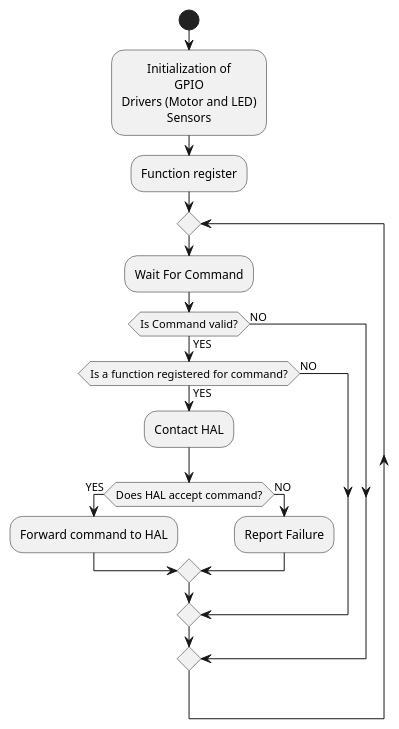
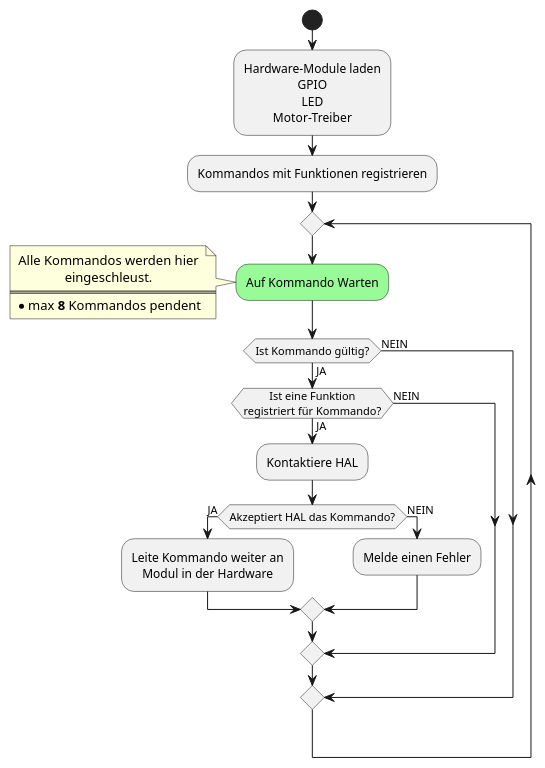
Before and after one commit to tasoftch/Robokit: the diagram in components/hw_drive/docs/robokit-commands-hal.puml, drawn with PlantUML. The commit also changed 9 other files, not shown here.

```diff
--- a/components/hw_drive/docs/robokit-commands-hal.puml
+++ b/components/hw_drive/docs/robokit-commands-hal.puml
@@ -1,24 +1,29 @@
 @startuml
 'https://plantuml.com/activity-diagram-beta
 skinparam defaultTextAlignment center
 
 start
-:Initialization of\nGPIO\nDrivers (Motor and LED)\nSensors;
-:Function register;
+:Hardware-Module laden\nGPIO\nLED\nMotor-Treiber;
+:Kommandos mit Funktionen registrieren;
 
 repeat
-	:Wait For Command;
-	if (Is Command valid?) then(YES)
-		if(Is a function registered for command?) then(YES)
-			:Contact HAL;
-			if (Does HAL accept command?) then (YES)
-				:Forward command to HAL;
-			else(NO)
-				:Report Failure;
+	#palegreen:Auf Kommando Warten;
+	note left
+	Alle Kommandos werden hier
+	eingeschleust.
+	====
+	* max <b>8</b> Kommandos pendent
+	end note
+	if (Ist Kommando gültig?) then(JA)
+		if(Ist eine Funktion\nregistriert für Kommando?) then(JA)
+			:Kontaktiere HAL;
+			if (Akzeptiert HAL das Kommando?) then (JA)
+				:Leite Kommando weiter an\nModul in der Hardware;
+			else(NEIN)
+				:Melde einen Fehler;
 			endif
-		else(NO)
+		else(NEIN)
 		endif
-	else(NO)
-
+	else(NEIN)
 
 @enduml
```
